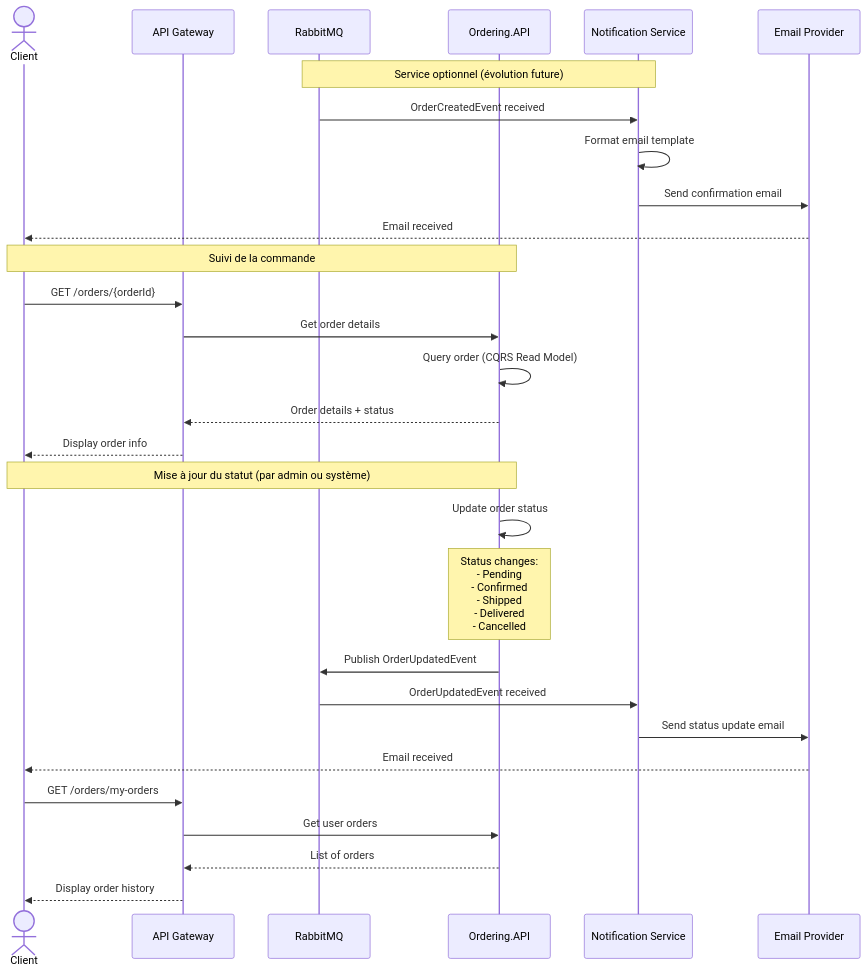
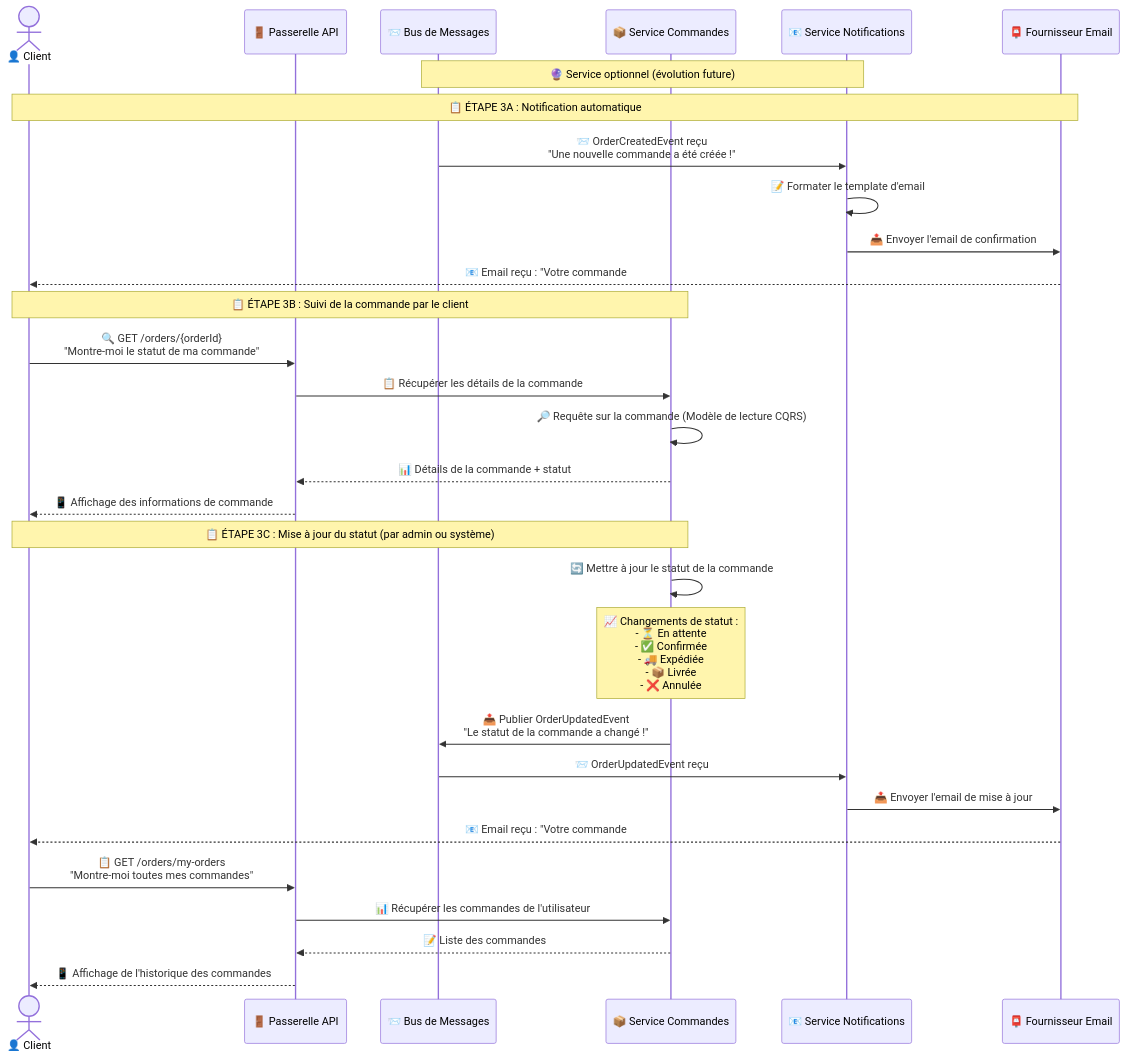
Before and after one commit to thomasperge/tp_kake: the third of 3 diagrams in uml-diagrams/03-sequence-diagram.md, drawn with Mermaid. The commit also changed other lines of this file, not shown here.

Commit message:
Enhance sequence diagram for order processing with detailed steps and improved visual elements. Updated titles, added emojis for clarity, and refined descriptions for each stage of the order journey, including catalog consultation, cart addition, checkout, and notifications.

````diff
--- a/uml-diagrams/03-sequence-diagram.md
+++ b/uml-diagrams/03-sequence-diagram.md
@@ -113,39 +121,41 @@
 ```mermaid
 sequenceDiagram
-    actor Client
-    participant Gateway as API Gateway
-    participant RabbitMQ as RabbitMQ
-    participant Ordering as Ordering.API
-    participant Notification as Notification Service
-    participant Email as Email Provider
+    actor Client as 👤 Client
+    participant Gateway as 🚪 Passerelle API
+    participant RabbitMQ as 📨 Bus de Messages
+    participant Ordering as 📦 Service Commandes
+    participant Notification as 📧 Service Notifications
+    participant Email as 📮 Fournisseur Email
     
-    Note over RabbitMQ,Notification: Service optionnel (évolution future)
+    Note over RabbitMQ,Notification: 🔮 Service optionnel (évolution future)
     
-    RabbitMQ->>Notification: OrderCreatedEvent received
-    Notification->>Notification: Format email template
-    Notification->>Email: Send confirmation email
-    Email-->>Client: Email received
+    Note over Client,Email: 📋 ÉTAPE 3A : Notification automatique
     
-    Note over Client,Ordering: Suivi de la commande
+    RabbitMQ->>Notification: 📨 OrderCreatedEvent reçu<br/>"Une nouvelle commande a été créée !"
+    Notification->>Notification: 📝 Formater le template d'email
+    Notification->>Email: 📤 Envoyer l'email de confirmation
+    Email-->>Client: 📧 Email reçu : "Votre commande #12345 a été confirmée !"
     
-    Client->>Gateway: GET /orders/{orderId}
-    Gateway->>Ordering: Get order details
-    Ordering->>Ordering: Query order (CQRS Read Model)
-    Ordering-->>Gateway: Order details + status
-    Gateway-->>Client: Display order info
+    Note over Client,Ordering: 📋 ÉTAPE 3B : Suivi de la commande par le client
     
-    Note over Client,Ordering: Mise à jour du statut (par admin ou système)
+    Client->>Gateway: 🔍 GET /orders/{orderId}<br/>"Montre-moi le statut de ma commande"
+    Gateway->>Ordering: 📋 Récupérer les détails de la commande
+    Ordering->>Ordering: 🔎 Requête sur la commande (Modèle de lecture CQRS)
+    Ordering-->>Gateway: 📊 Détails de la commande + statut
+    Gateway-->>Client: 📱 Affichage des informations de commande
     
-    Ordering->>Ordering: Update order status
-    Note over Ordering: Status changes:<br/>- Pending<br/>- Confirmed<br/>- Shipped<br/>- Delivered<br/>- Cancelled
+    Note over Client,Ordering: 📋 ÉTAPE 3C : Mise à jour du statut (par admin ou système)
     
-    Ordering->>RabbitMQ: Publish OrderUpdatedEvent
-    RabbitMQ->>Notification: OrderUpdatedEvent received
-    Notification->>Email: Send status update email
-    Email-->>Client: Email received
+    Ordering->>Ordering: 🔄 Mettre à jour le statut de la commande
+    Note over Ordering: 📈 Changements de statut :<br/>- ⏳ En attente<br/>- ✅ Confirmée<br/>- 🚚 Expédiée<br/>- 📦 Livrée<br/>- ❌ Annulée
     
-    Client->>Gateway: GET /orders/my-orders
-    Gateway->>Ordering: Get user orders
-    Ordering-->>Gateway: List of orders
-    Gateway-->>Client: Display order history
+    Ordering->>RabbitMQ: 📤 Publier OrderUpdatedEvent<br/>"Le statut de la commande a changé !"
+    RabbitMQ->>Notification: 📨 OrderUpdatedEvent reçu
+    Notification->>Email: 📤 Envoyer l'email de mise à jour
+    Email-->>Client: 📧 Email reçu : "Votre commande #12345 a été expédiée !"
+    
+    Client->>Gateway: 📋 GET /orders/my-orders<br/>"Montre-moi toutes mes commandes"
+    Gateway->>Ordering: 📊 Récupérer les commandes de l'utilisateur
+    Ordering-->>Gateway: 📝 Liste des commandes
+    Gateway-->>Client: 📱 Affichage de l'historique des commandes
 ```
````
